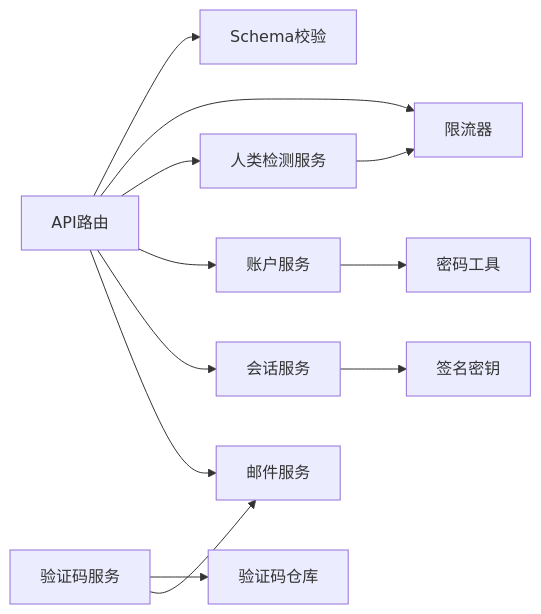
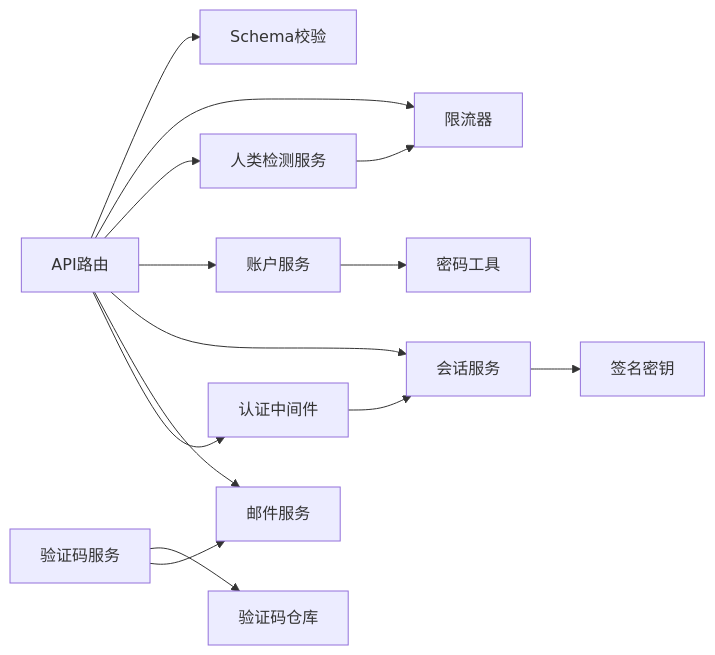
One commit to scottcwy/PurpleInk changed diagram 11 of 11 in .qoder/repowiki/zh/content/后端架构/安全与认证.md. Above: the diagram before and after it, drawn with Mermaid. The commit also changed other lines of this file and 109 other files, not shown here.

````diff
--- a/.qoder/repowiki/zh/content/后端架构/安全与认证.md
+++ b/.qoder/repowiki/zh/content/后端架构/安全与认证.md
@@ -470,14 +543,16 @@
 ```mermaid
 graph LR
 API["API路由"] --> SCHEMA["Schema校验"]
 API --> THROTTLE["限流器"]
 API --> HUMAN["人类检测服务"]
 API --> ACC["账户服务"]
 API --> SESS["会话服务"]
 API --> MAIL["邮件服务"]
+API --> MIDDLEWARE["认证中间件"]
 ACC --> PASS["密码工具"]
 SESS --> KEY["签名密钥"]
 VER["验证码服务"] --> REPO["验证码仓库"]
 VER --> MAIL
 HUMAN --> THROTTLE
+MIDDLEWARE --> SESS
 ```
````
